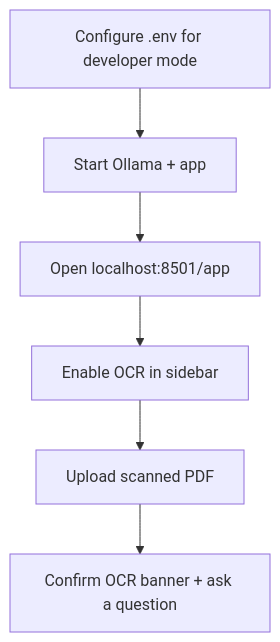
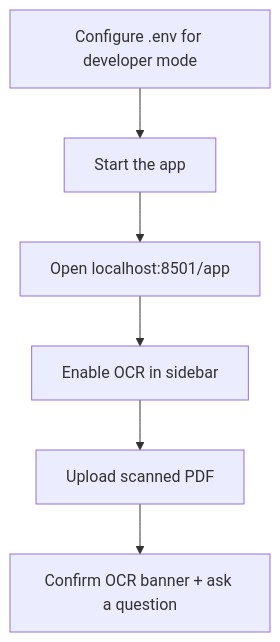
Before and after one commit to RoxanaTapia/ai-doc-to-chat-pipeline: the diagram in docs/operators/testing-ocr.md, drawn with Mermaid. The commit also changed other lines of this file and 30 other files, not shown here.

````diff
--- a/docs/operators/testing-ocr.md
+++ b/docs/operators/testing-ocr.md
@@ -57,8 +57,8 @@
 ```mermaid
 flowchart TD
-  A[Configure .env for developer mode] --> B[Start Ollama + app]
+  A[Configure .env for developer mode] --> B[Start the app]
   B --> C[Open localhost:8501/app]
   C --> D[Enable OCR in sidebar]
   D --> E[Upload scanned PDF]
   E --> F[Confirm OCR banner + ask a question]
 ```
````
